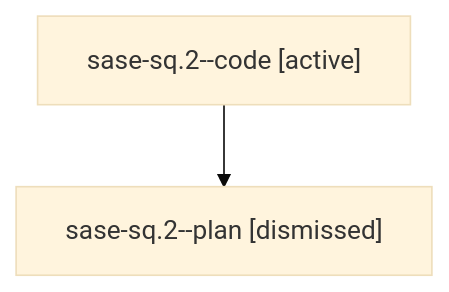
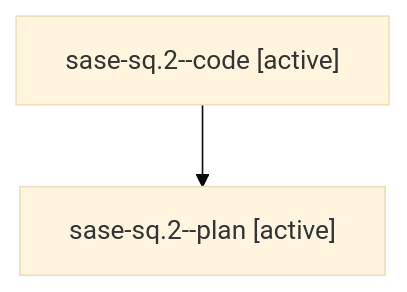
Before and after one commit to sase-org/sase--agents: the diagram in families/bbugyi200.athena.sase-sq.2.md, drawn with Mermaid (base theme). The commit also changed other lines of this file and 35830 other files, not shown here.

````diff
--- a/families/bbugyi200.athena.sase-sq.2.md
+++ b/families/bbugyi200.athena.sase-sq.2.md
@@ -9,6 +9,6 @@
 ```mermaid
 flowchart TD
   n0["sase-sq.2--code [active]"]
-  n1["sase-sq.2--plan [dismissed]"]
+  n1["sase-sq.2--plan [active]"]
   n0 --> n1
 ```
````
